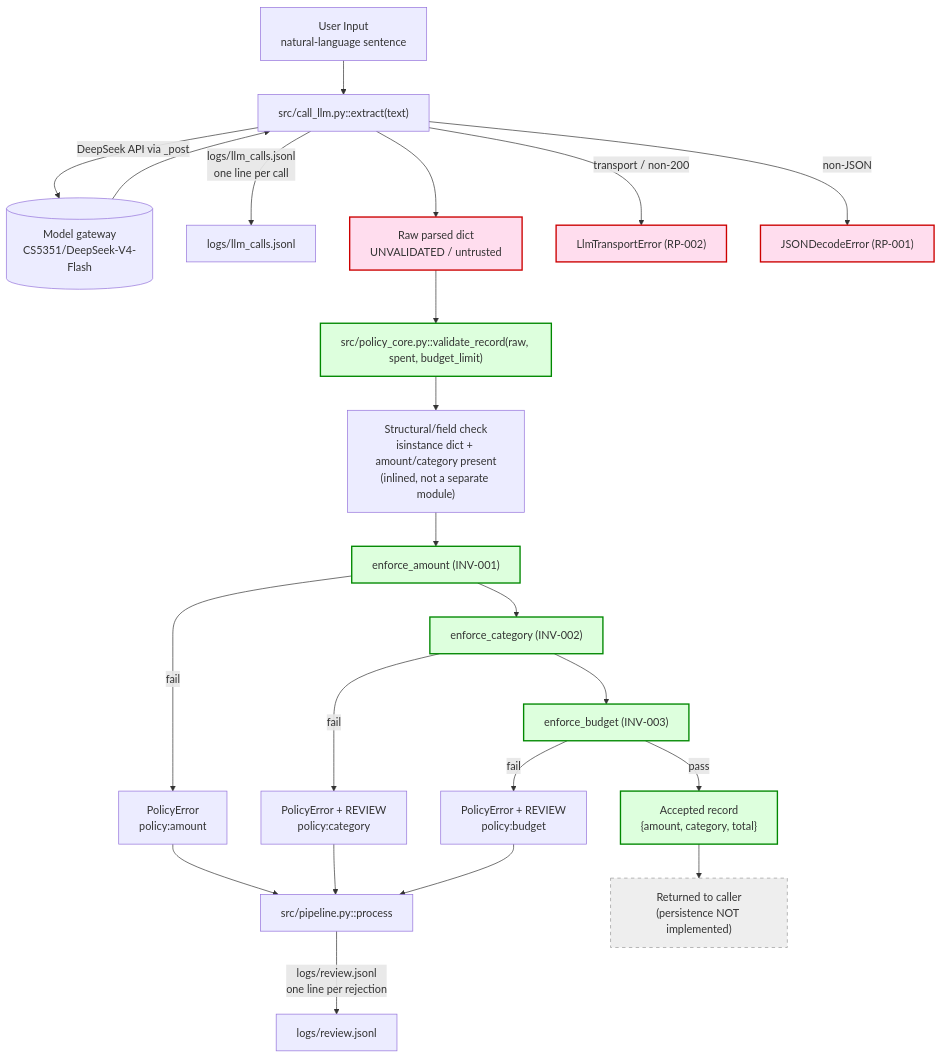
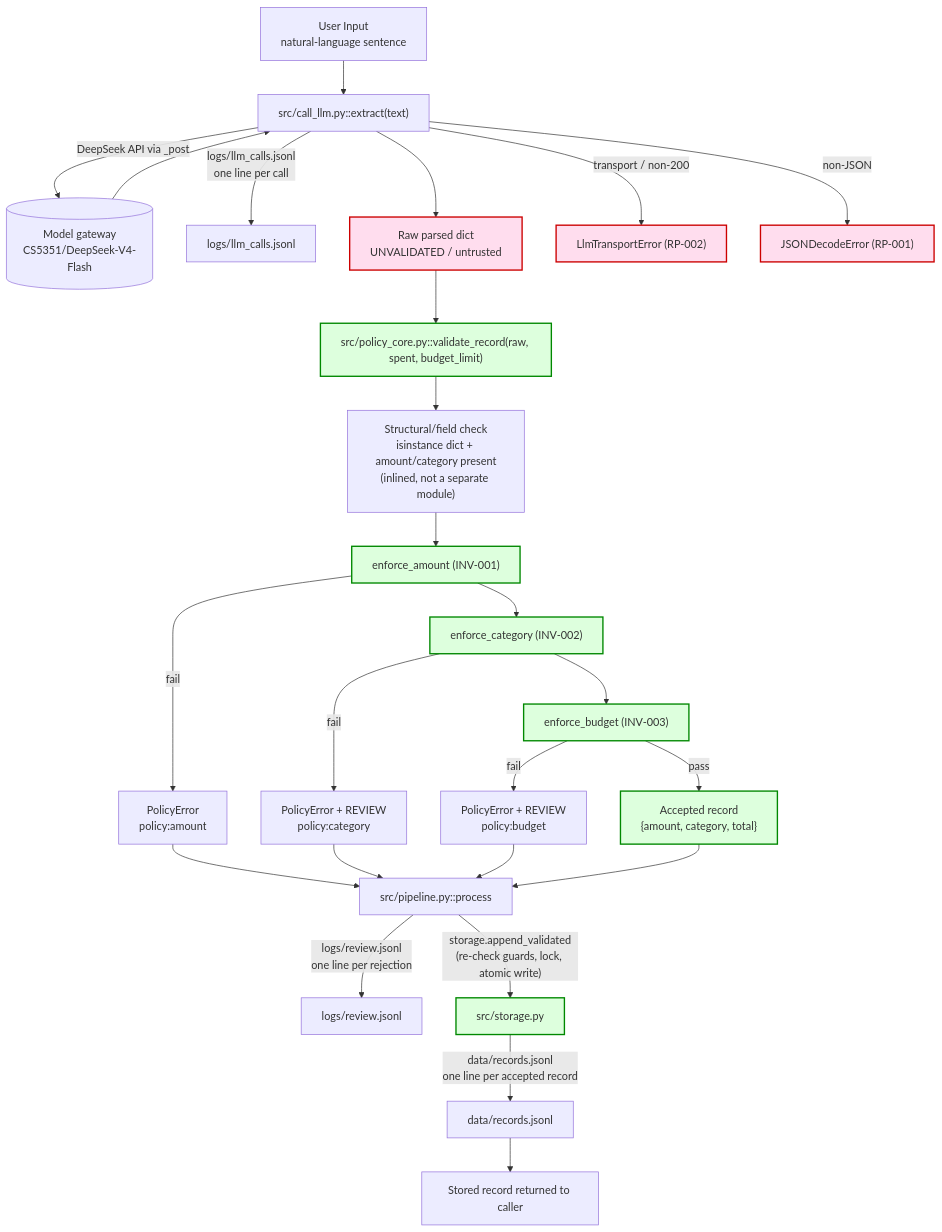
One commit to Felix-Free/AI-Finance-Assistant changed the first of 2 diagrams in architecture-blueprint.md. Above: the diagram before and after it, drawn with Mermaid. The commit also changed other lines of this file and 5 other files, not shown here.

Commit message:
docs: finalize Phase 3 Role B architecture documentation

````diff
--- a/architecture-blueprint.md
+++ b/architecture-blueprint.md
@@ -112,35 +118,36 @@
 ```mermaid
 flowchart TD
     U["User Input<br/>natural-language sentence"] --> E["src/call_llm.py::extract(text)"]
     E -->|"DeepSeek API via _post"| M[("Model gateway<br/>CS5351/DeepSeek-V4-Flash")]
     M --> E
     E -->|"logs/llm_calls.jsonl<br/>one line per call"| LOG1["logs/llm_calls.jsonl"]
     E --> RAW["Raw parsed dict<br/>UNVALIDATED / untrusted"]
 
     RAW --> V["src/policy_core.py::validate_record(raw, spent, budget_limit)"]
     V --> S["Structural/field check<br/>isinstance dict + amount/category present<br/>(inlined, not a separate module)"]
     S --> INV1["enforce_amount  (INV-001)"]
     INV1 --> INV2["enforce_category  (INV-002)"]
     INV2 --> INV3["enforce_budget  (INV-003)"]
 
     INV1 -->|fail| REJ["PolicyError<br/>policy:amount"]
     INV2 -->|fail| REVIEW["PolicyError + REVIEW<br/>policy:category"]
     INV3 -->|fail| REVIEW2["PolicyError + REVIEW<br/>policy:budget"]
     REJ --> PIPE["src/pipeline.py::process"]
     REVIEW --> PIPE
     REVIEW2 --> PIPE
     PIPE -->|"logs/review.jsonl<br/>one line per rejection"| LOG2["logs/review.jsonl"]
 
     INV3 -->|pass| ACC["Accepted record<br/>{amount, category, total}"]
-    ACC --> RET["Returned to caller<br/>(persistence NOT implemented)"]
+    ACC --> PIPE
+    PIPE -->|"storage.append_validated<br/>(re-check guards, lock, atomic write)"| STORE["src/storage.py"]
+    STORE -->|"data/records.jsonl<br/>one line per accepted record"| RECS["data/records.jsonl"]
+    RECS --> RET["Stored record returned to caller"]
 
     E -->|transport / non-200| TE["LlmTransportError (RP-002)"]
     E -->|non-JSON| JE["JSONDecodeError (RP-001)"]
 
     classDef untrusted fill:#fde,stroke:#c00,stroke-width:2px;
     classDef trusted fill:#dfd,stroke:#080,stroke-width:2px;
-    classDef planned fill:#eee,stroke:#999,stroke-dasharray:5 5;
     class RAW,JE,TE untrusted;
-    class ACC,INV1,INV2,INV3,V trusted;
-    class RET planned;
+    class ACC,INV1,INV2,INV3,V,STORE trusted;
 ```
````
